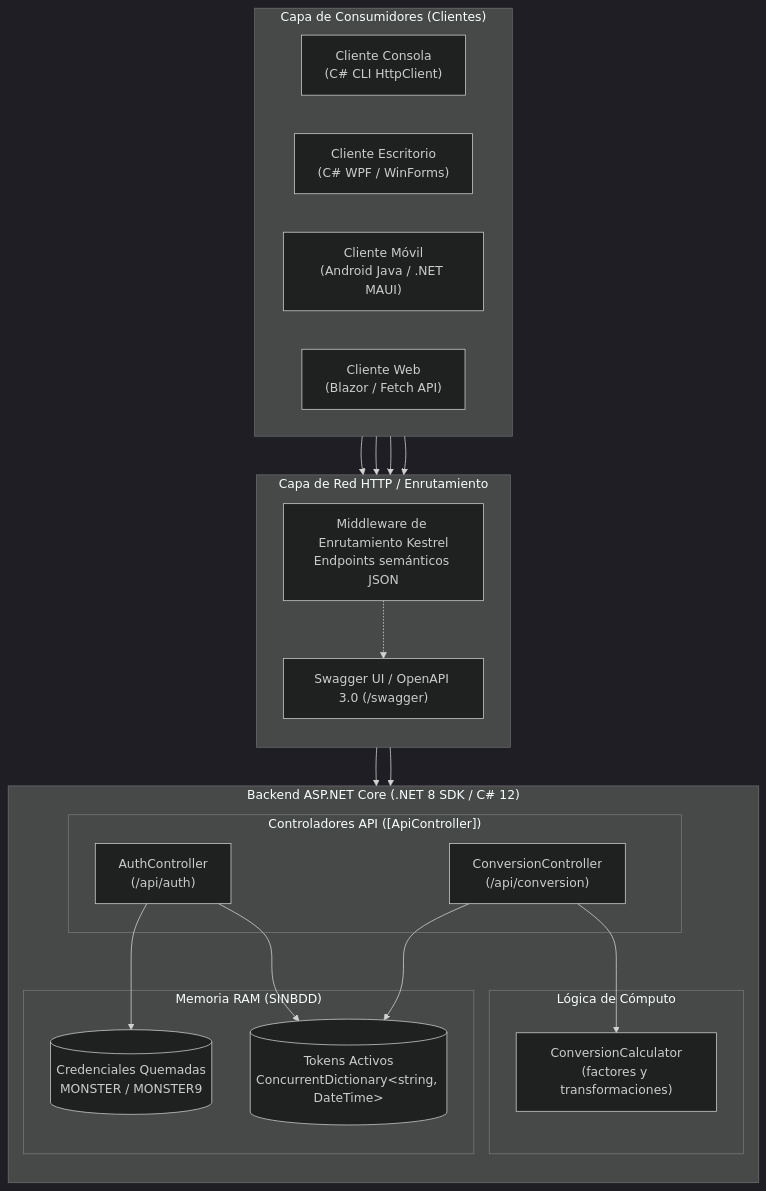
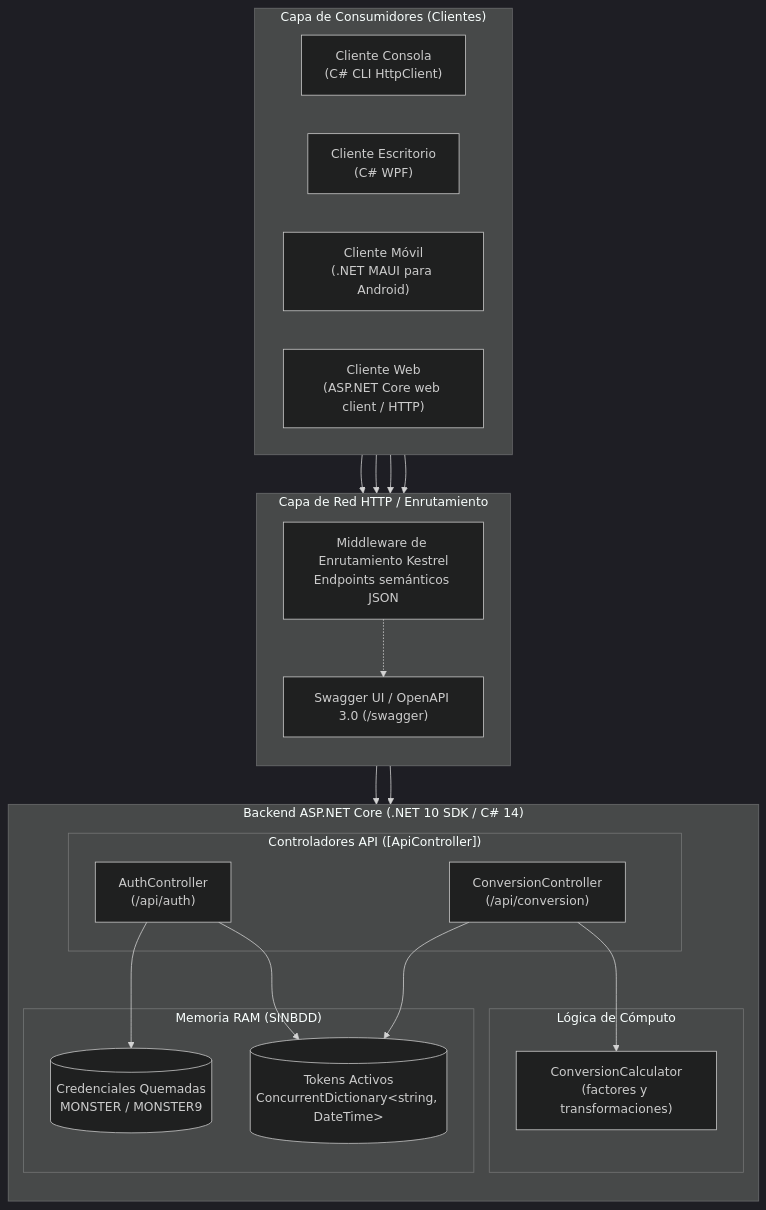
Before and after one commit to JulioViche/u1-sw-arch: the seventh of 7 diagrams in vault/06-projects/ti-1-4-rest-dotnet/diagrams.md, drawn with Mermaid (dark theme). The commit also changed other lines of this file and 18 other files, not shown here.

````diff
--- a/vault/06-projects/ti-1-4-rest-dotnet/diagrams.md
+++ b/vault/06-projects/ti-1-4-rest-dotnet/diagrams.md
@@ -234,47 +234,47 @@
 ```mermaid
 flowchart TB
     subgraph ClientesDotNet ["Capa de Consumidores (Clientes)"]
         direction LR
         CC["Cliente Consola<br/>(C# CLI HttpClient)"]
-        CE["Cliente Escritorio<br/>(C# WPF / WinForms)"]
-        CM["Cliente Móvil<br/>(Android Java / .NET MAUI)"]
-        CW["Cliente Web<br/>(Blazor / Fetch API)"]
+        CE["Cliente Escritorio<br/>(C# WPF)"]
+        CM["Cliente Móvil<br/>(.NET MAUI para Android)"]
+        CW["Cliente Web<br/>(ASP.NET Core web client / HTTP)"]
     end
 
     subgraph CapaHttpNet ["Capa de Red HTTP / Enrutamiento"]
         direction TB
         KESTREL_ROUTER["Middleware de Enrutamiento Kestrel<br/>Endpoints semánticos JSON"]
         SWAGGER["Swagger UI / OpenAPI 3.0 (/swagger)"]
     end
 
-    subgraph BackendNetCore ["Backend ASP.NET Core (.NET 8 SDK / C# 12)"]
+    subgraph BackendNetCore ["Backend ASP.NET Core (.NET 10 SDK / C# 14)"]
         direction TB
         subgraph ControladoresApi ["Controladores API ([ApiController])"]
             CTRL_AUTH["AuthController<br/>(/api/auth)"]
             CTRL_CONV["ConversionController<br/>(/api/conversion)"]
         end
         
         subgraph LogicaCalculo ["Lógica de Cómputo"]
             SVC_MATH["ConversionCalculator<br/>(factores y transformaciones)"]
         end
         
         subgraph MemoriaVolatil ["Memoria RAM (SINBDD)"]
             RAM_TOKENS[("Tokens Activos<br/>ConcurrentDictionary&lt;string, DateTime&gt;")]
             RAM_CREDS[("Credenciales Quemadas<br/>MONSTER / MONSTER9")]
         end
     end
 
     CC --> KESTREL_ROUTER
     CE --> KESTREL_ROUTER
     CM --> KESTREL_ROUTER
     CW --> KESTREL_ROUTER
 
     KESTREL_ROUTER --> CTRL_AUTH
     KESTREL_ROUTER --> CTRL_CONV
     KESTREL_ROUTER -.-> SWAGGER
 
     CTRL_AUTH --> RAM_CREDS
     CTRL_AUTH --> RAM_TOKENS
     CTRL_CONV --> RAM_TOKENS
     CTRL_CONV --> SVC_MATH
 ```
````
